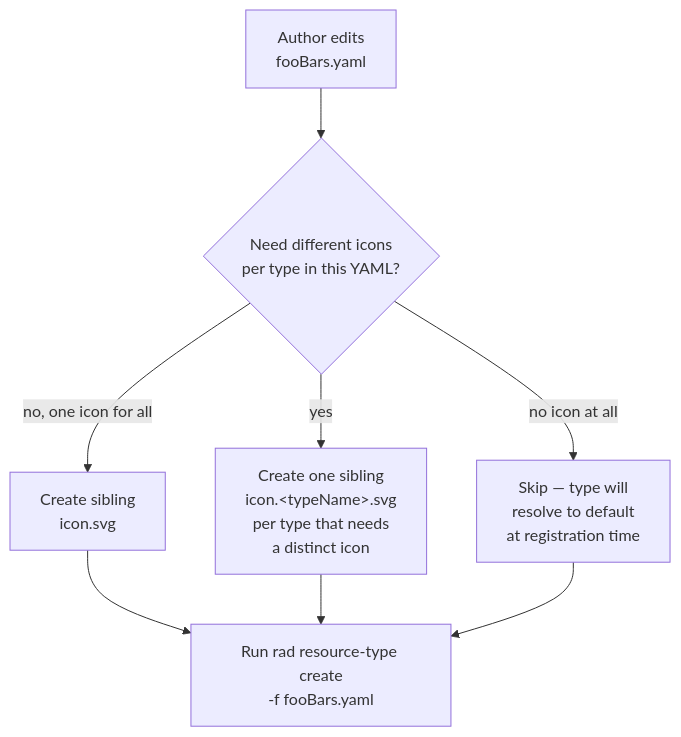
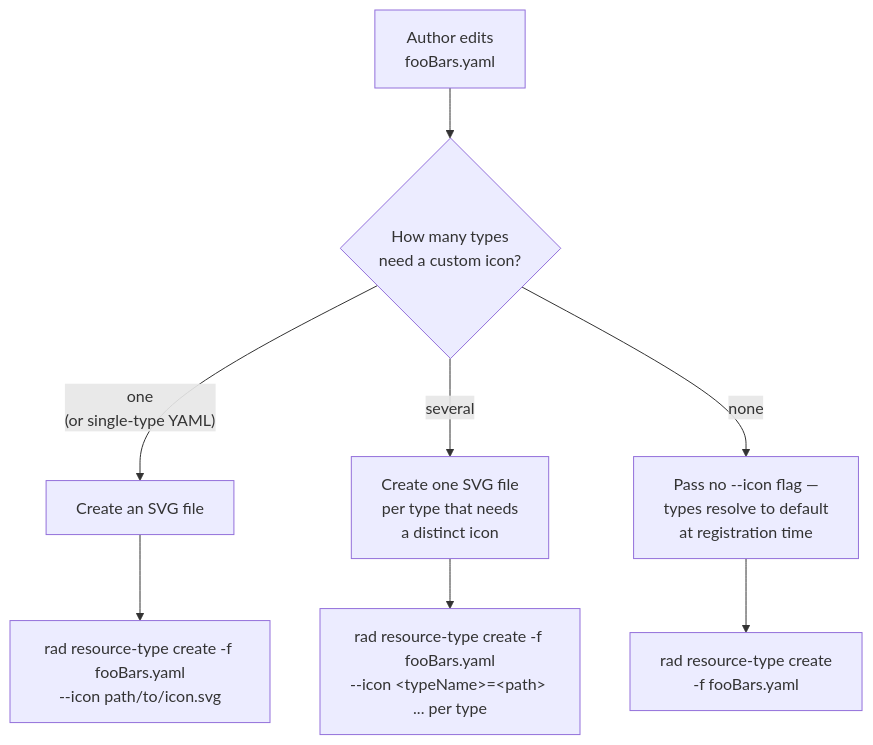
The second of 4 diagrams in specs/003-resource-type-icons/spec.md (radius-project/radius), drawn with Mermaid before and after one commit. The commit also changed other lines of this file and 1 other file, not shown here.

````diff
--- a/specs/003-resource-type-icons/spec.md
+++ b/specs/003-resource-type-icons/spec.md
@@ -40,10 +40,10 @@
 ```mermaid
 flowchart TD
-    A[Author edits<br/>fooBars.yaml] --> B{Need different icons<br/>per type in this YAML?}
-    B -- "no, one icon for all" --> C[Create sibling<br/>icon.svg]
-    B -- "yes" --> D[Create one sibling<br/>icon.&lt;typeName&gt;.svg<br/>per type that needs<br/>a distinct icon]
-    B -- "no icon at all" --> E[Skip — type will<br/>resolve to default<br/>at registration time]
-    C --> F[Run rad resource-type create<br/>-f fooBars.yaml]
-    D --> F
-    E --> F
+    A[Author edits<br/>fooBars.yaml] --> B{How many types<br/>need a custom icon?}
+    B -- "one<br/>(or single-type YAML)" --> C[Create an SVG file]
+    B -- "several" --> D[Create one SVG file<br/>per type that needs<br/>a distinct icon]
+    B -- "none" --> E[Pass no --icon flag —<br/>types resolve to default<br/>at registration time]
+    C --> F[rad resource-type create -f fooBars.yaml<br/>--icon path/to/icon.svg]
+    D --> G[rad resource-type create -f fooBars.yaml<br/>--icon &lt;typeName&gt;=&lt;path&gt; ... per type]
+    E --> H[rad resource-type create<br/>-f fooBars.yaml]
 ```
````
